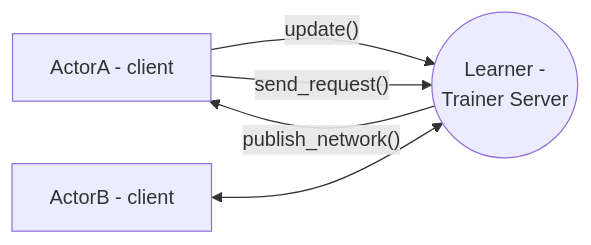
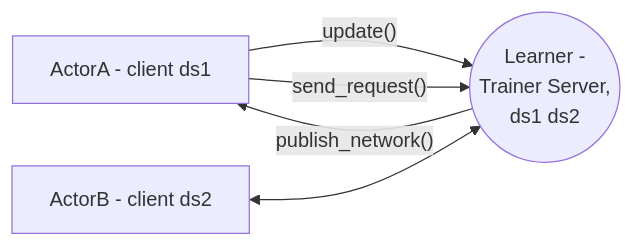
The second of 3 diagrams in README.md (youliangtan/agentlace), drawn with Mermaid before and after one commit. The commit also changed other lines of this file and 4 other files, not shown here.

````diff
--- a/README.md
+++ b/README.md
@@ -99,7 +99,7 @@
 ```mermaid
 graph LR
-A[ActorA - client] -- "update()" --> B((Learner - \n Trainer Server))
+A[ActorA - client ds1] -- "update()" --> B((Learner - \n Trainer Server, \n ds1 ds2))
 B -- "publish_network()" --> A
 A -- "send_request()" --> B
-G[ActorB - client] <--> B
+G[ActorB - client ds2] <--> B
 ```
````
